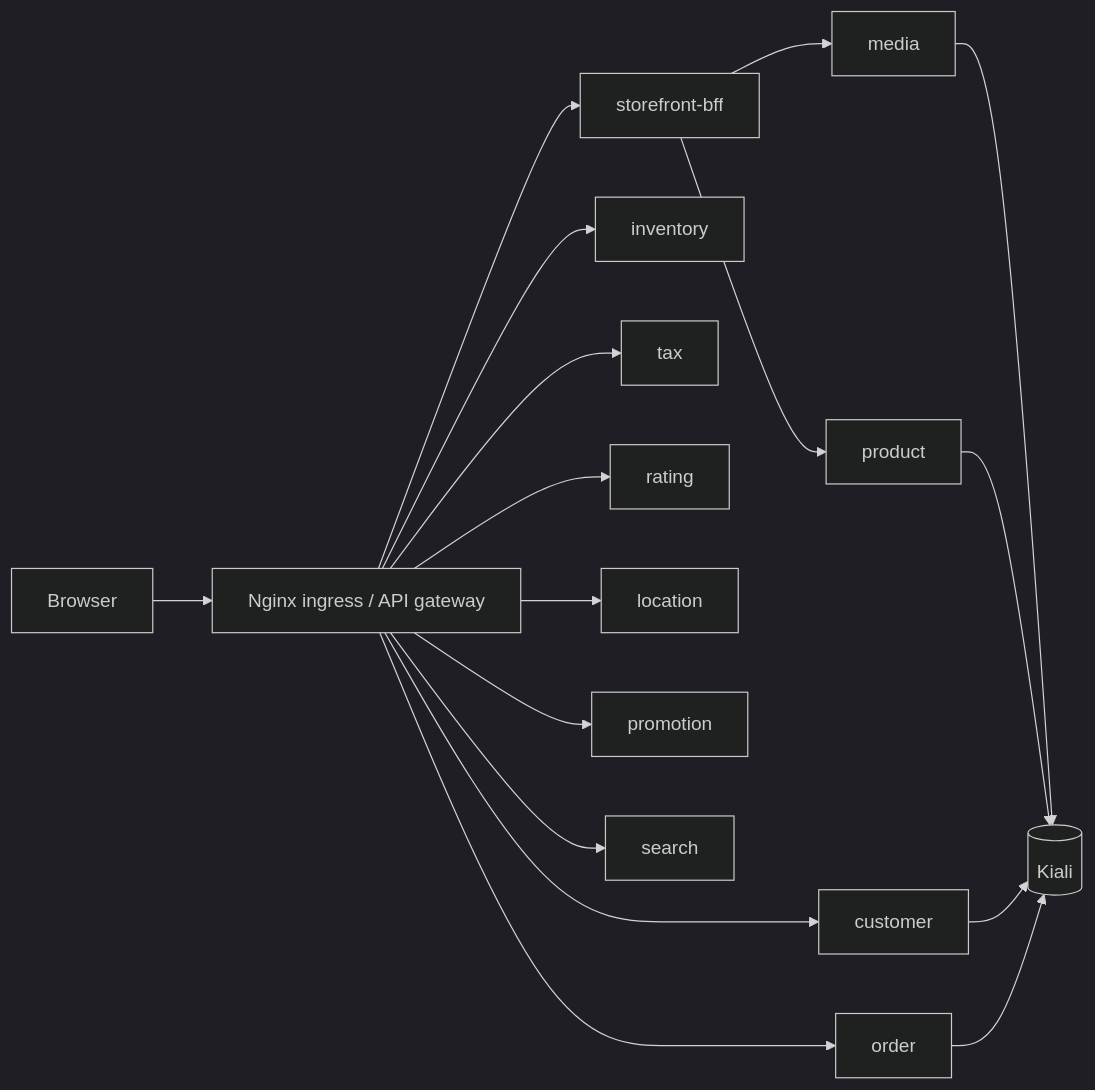
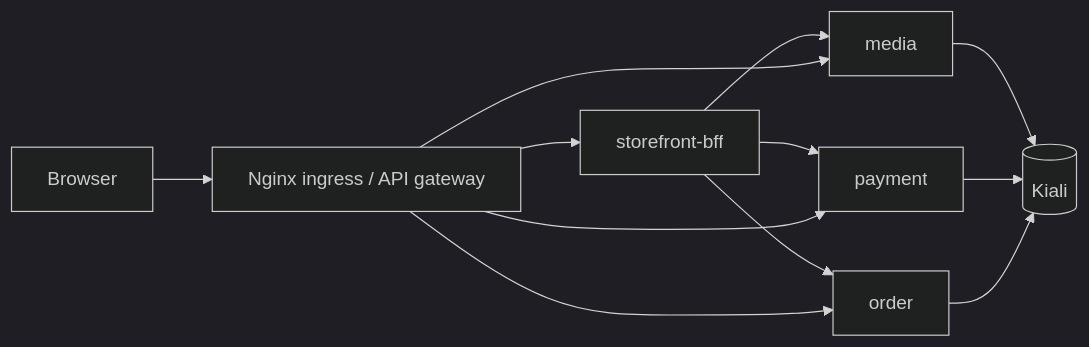
Before and after one commit to AkiraTomori/ArgoCD-Advanced: the diagram in environments/dev/service_mesh/README.md, drawn with Mermaid (dark theme). The commit also changed other lines of this file and 6 other files, not shown here.

````diff
--- a/environments/dev/service_mesh/README.md
+++ b/environments/dev/service_mesh/README.md
@@ -19,19 +19,14 @@
 ```mermaid
 flowchart LR
 	B[Browser] --> G[Nginx ingress / API gateway]
 	G --> S[storefront-bff]
 	S --> M[media]
-	S --> P[product]
-	G --> C[customer]
-	G --> O[order]
-	G --> I[inventory]
-	G --> T[tax]
-	G --> R[rating]
-	G --> L[location]
-	G --> PR[promotion]
-	G --> SE[search]
+	S --> O[order]
+	S --> PA[payment]
+	G --> M
+	G --> O
+	G --> PA
 	M --> K[(Kiali)]
-	P --> K
-	C --> K
+	PA --> K
 	O --> K
 ```
````
